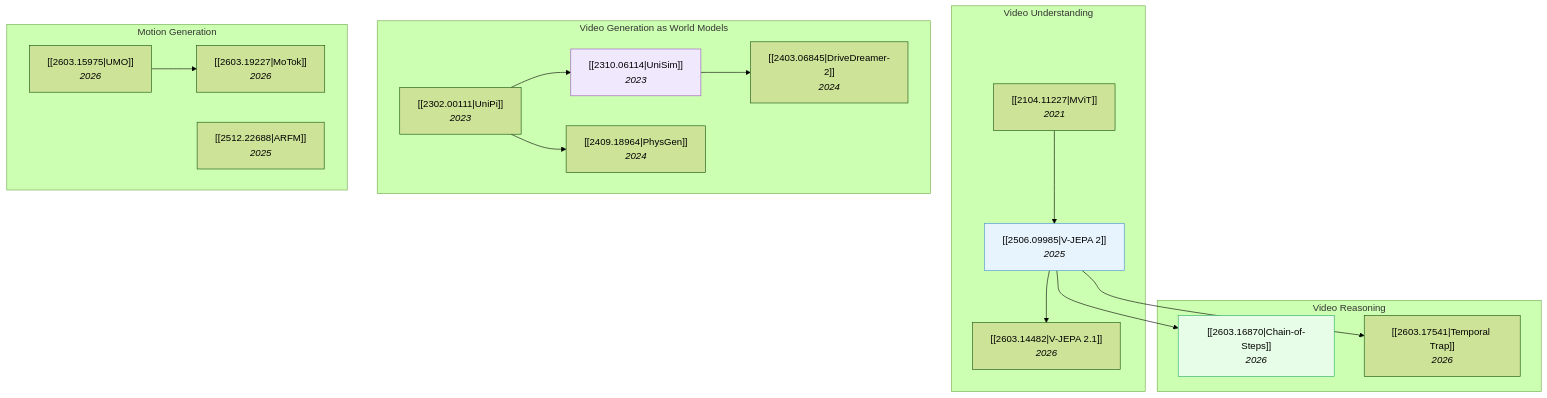
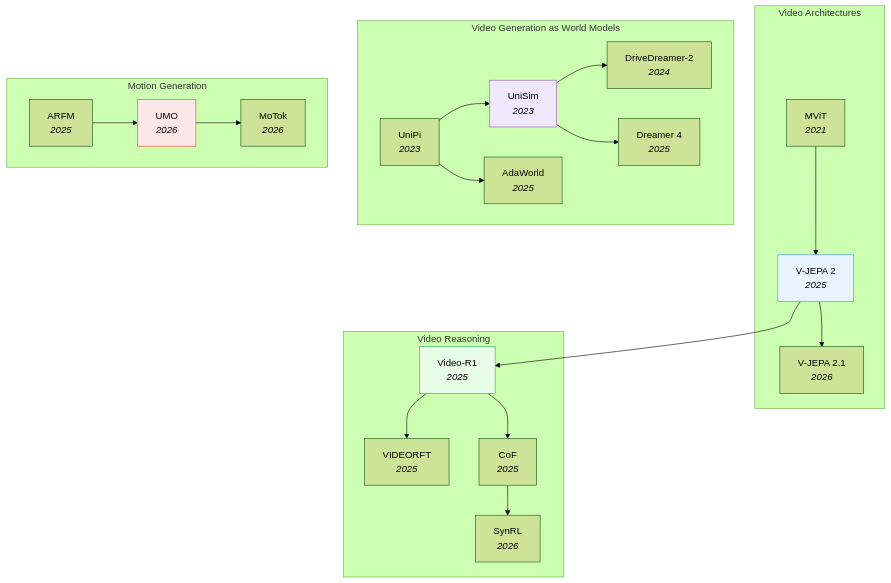
One commit to ChuaHanChong/ResearchBrain changed the diagram in General/06_Video-and-Temporal.md. Above: the diagram before and after it, drawn with Mermaid (forest theme). The commit also changed other lines of this file and 53 other files, not shown here.

````diff
--- a/General/06_Video-and-Temporal.md
+++ b/General/06_Video-and-Temporal.md
@@ -20,38 +21,44 @@
 ```mermaid
 graph TD
-    subgraph "Video Understanding"
-        A["[[2104.11227|MViT]]<br/><i>2021</i>"]
-        B["[[2506.09985|V-JEPA 2]]<br/><i>2025</i>"]
-        C["[[2603.14482|V-JEPA 2.1]]<br/><i>2026</i>"]
+    subgraph "Video Architectures"
+        A["MViT<br/><i>2021</i>"]
+        B["V-JEPA 2<br/><i>2025</i>"]
+        C["V-JEPA 2.1<br/><i>2026</i>"]
     end
 
     subgraph "Video Generation as World Models"
-        D["[[2302.00111|UniPi]]<br/><i>2023</i>"]
-        E["[[2310.06114|UniSim]]<br/><i>2023</i>"]
-        F["[[2403.06845|DriveDreamer-2]]<br/><i>2024</i>"]
-        G["[[2409.18964|PhysGen]]<br/><i>2024</i>"]
+        D["UniPi<br/><i>2023</i>"]
+        E["UniSim<br/><i>2023</i>"]
+        F["DriveDreamer-2<br/><i>2024</i>"]
+        G["AdaWorld<br/><i>2025</i>"]
+        H["Dreamer 4<br/><i>2025</i>"]
+    end
+
+    subgraph "Video Reasoning"
+        I["Video-R1<br/><i>2025</i>"]
+        J["VIDEORFT<br/><i>2025</i>"]
+        K["CoF<br/><i>2025</i>"]
+        L["SynRL<br/><i>2026</i>"]
     end
 
     subgraph "Motion Generation"
-        H["[[2603.15975|UMO]]<br/><i>2026</i>"]
-        I["[[2603.19227|MoTok]]<br/><i>2026</i>"]
-        J["[[2512.22688|ARFM]]<br/><i>2025</i>"]
-    end
-
-    subgraph "Video Reasoning"
-        K["[[2603.16870|Chain-of-Steps]]<br/><i>2026</i>"]
-        L["[[2603.17541|Temporal Trap]]<br/><i>2026</i>"]
+        M["ARFM<br/><i>2025</i>"]
+        N["UMO<br/><i>2026</i>"]
+        O["MoTok<br/><i>2026</i>"]
     end
 
     A --> B --> C
-    D --> E
-    E --> F
+    D --> E --> F
     D --> G
-    B --> K
-    B --> L
-    H --> I
+    E --> H
+    B --> I
+    I --> J
+    I --> K
+    K --> L
+    M --> N --> O
 
     style B fill:#e8f4fd,stroke:#4a90d9
     style E fill:#f0e8fd,stroke:#9b59b6
-    style K fill:#e8fde8,stroke:#27ae60
+    style I fill:#e8fde8,stroke:#27ae60
+    style N fill:#fde8e8,stroke:#e74c3c
 ```
````
